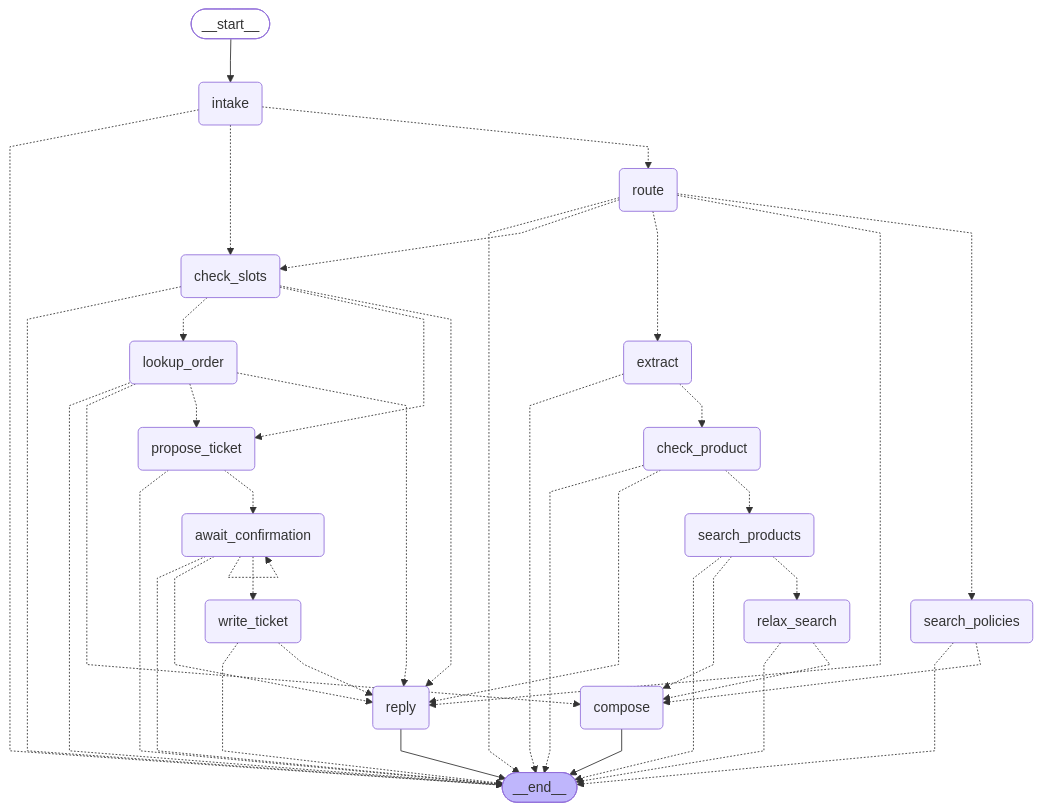
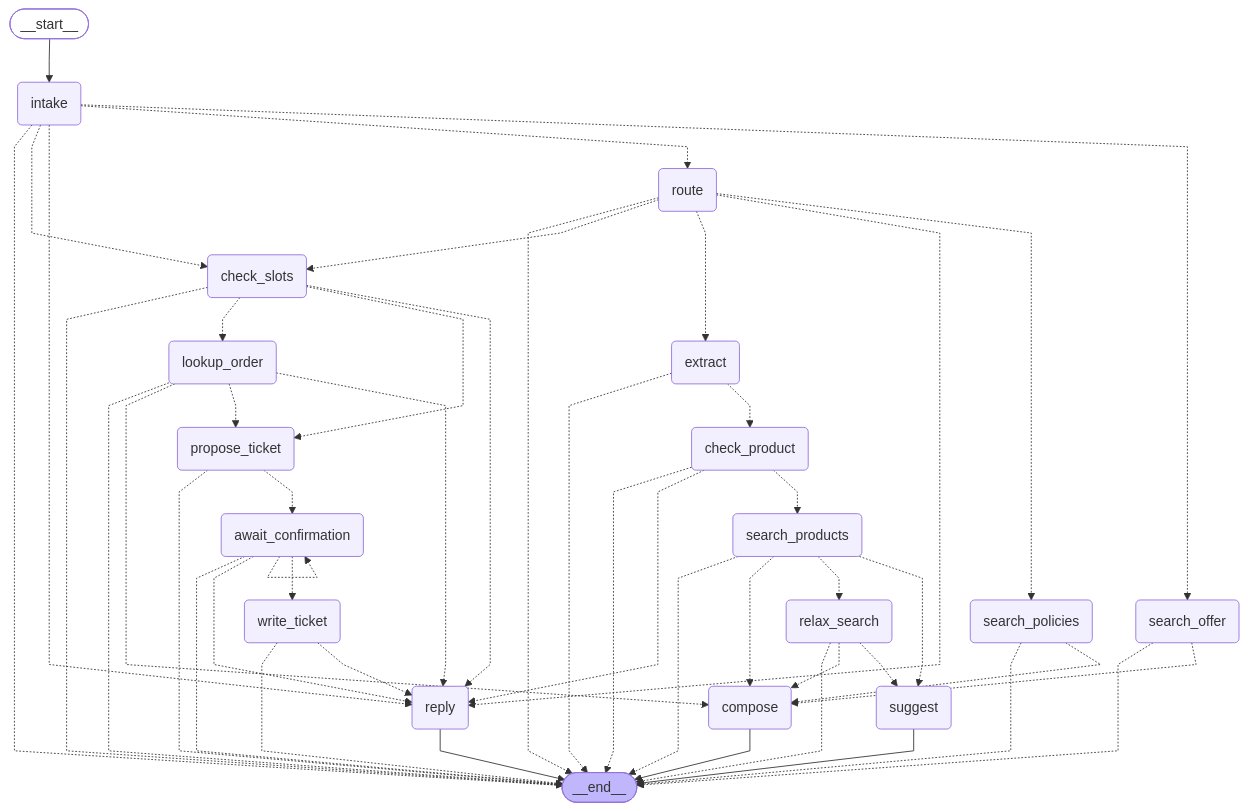
The diagram in docs/AGENT-DESIGN.md (duyentq-aie/shopmate), drawn with Mermaid before and after one commit. The commit also changed other lines of this file and 57 other files, not shown here.

````diff
--- a/docs/AGENT-DESIGN.md
+++ b/docs/AGENT-DESIGN.md
@@ -14,66 +14,75 @@
 ```mermaid
 ---
 config:
   flowchart:
     curve: linear
 ---
 graph TD;
 	__start__([<p>__start__</p>]):::first
 	intake(intake)
 	route(route)
 	extract(extract)
 	check_product(check_product)
 	search_products(search_products)
 	relax_search(relax_search)
+	suggest(suggest)
+	search_offer(search_offer)
 	search_policies(search_policies)
 	check_slots(check_slots)
 	lookup_order(lookup_order)
 	propose_ticket(propose_ticket)
 	await_confirmation(await_confirmation)
 	write_ticket(write_ticket)
 	compose(compose)
 	reply(reply)
 	__end__([<p>__end__</p>]):::last
 	__start__ --> intake;
 	await_confirmation -.-> __end__;
 	await_confirmation -.-> reply;
 	await_confirmation -.-> write_ticket;
 	check_product -.-> __end__;
 	check_product -.-> reply;
 	check_product -.-> search_products;
 	check_slots -.-> __end__;
 	check_slots -.-> lookup_order;
 	check_slots -.-> propose_ticket;
 	check_slots -.-> reply;
 	extract -.-> __end__;
 	extract -.-> check_product;
 	intake -.-> __end__;
 	intake -.-> check_slots;
+	intake -.-> reply;
 	intake -.-> route;
+	intake -.-> search_offer;
 	lookup_order -.-> __end__;
 	lookup_order -.-> compose;
 	lookup_order -.-> propose_ticket;
 	lookup_order -.-> reply;
 	propose_ticket -.-> __end__;
 	propose_ticket -.-> await_confirmation;
 	relax_search -.-> __end__;
 	relax_search -.-> compose;
+	relax_search -.-> suggest;
 	route -.-> __end__;
 	route -.-> check_slots;
 	route -.-> extract;
 	route -.-> reply;
 	route -.-> search_policies;
+	search_offer -.-> __end__;
+	search_offer -.-> compose;
 	search_policies -.-> __end__;
 	search_policies -.-> compose;
 	search_products -.-> __end__;
 	search_products -.-> compose;
 	search_products -.-> relax_search;
+	search_products -.-> suggest;
 	write_ticket -.-> __end__;
 	write_ticket -.-> reply;
 	compose --> __end__;
 	reply --> __end__;
+	suggest --> __end__;
 	await_confirmation -.-> await_confirmation;
 	classDef default fill:#f2f0ff,line-height:1.2
 	classDef first fill-opacity:0
 	classDef last fill:#bfb6fc
 ```
````
